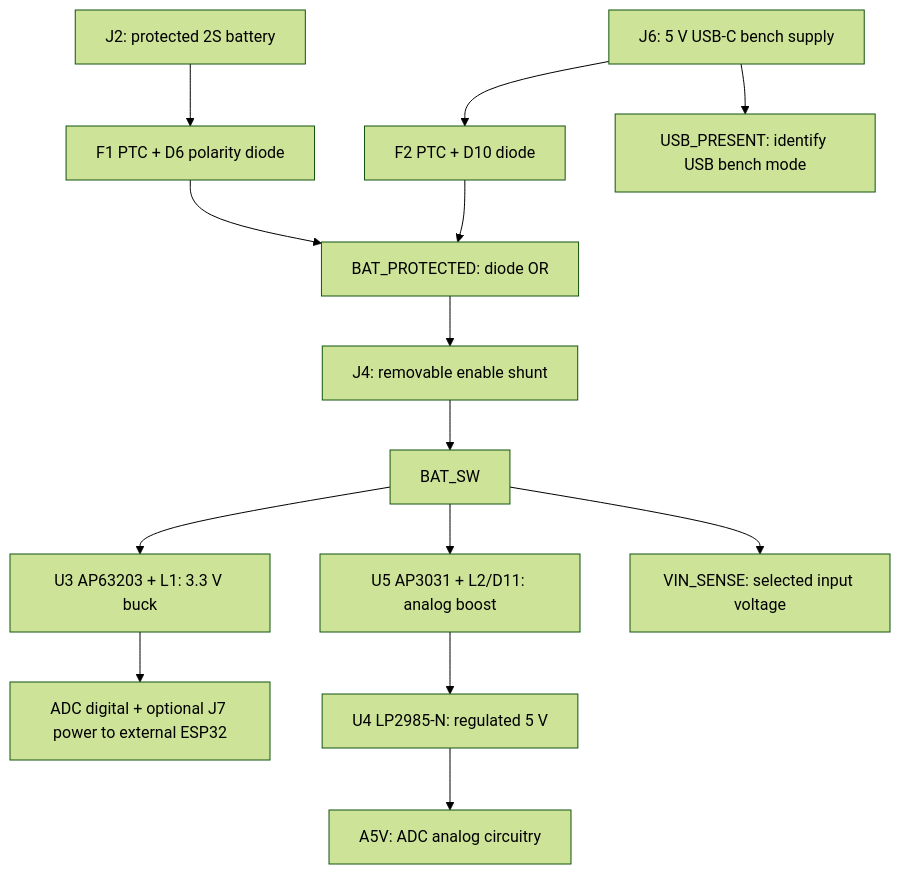
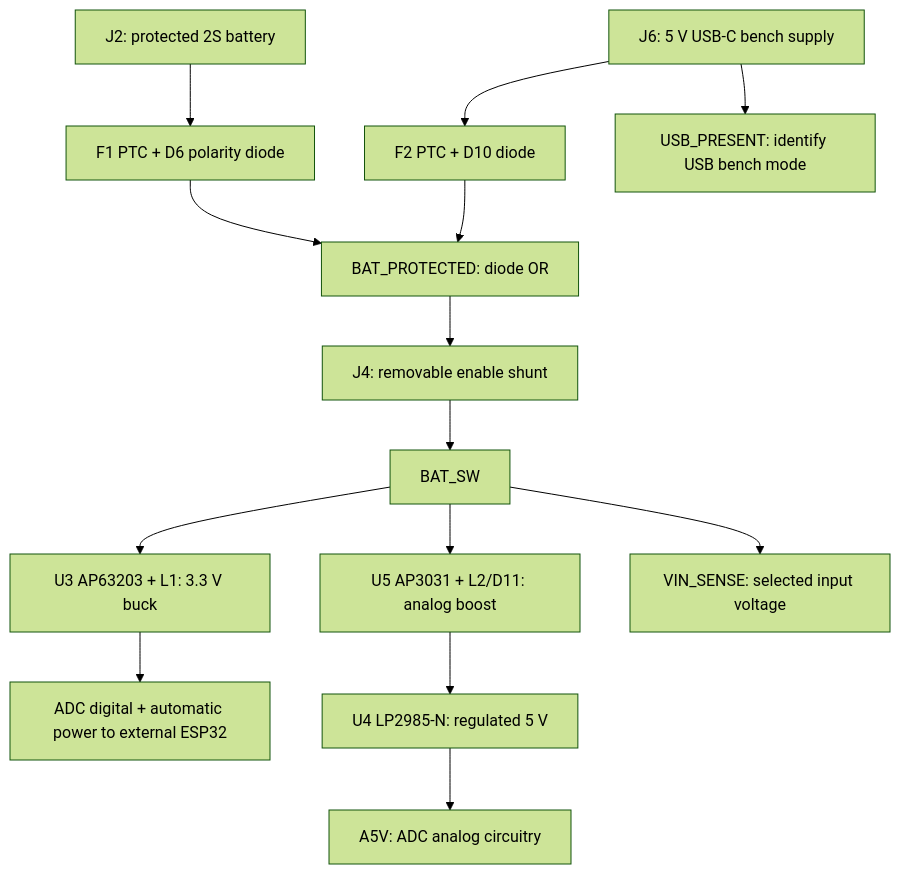
Before and after one commit to mhyrzt/agentronics: the second of 2 diagrams in EEG/README.md, drawn with Mermaid (forest theme). The commit also changed other lines of this file, not shown here.

Commit message:
docs(eeg): clarify parts and power connections

````diff
--- a/EEG/README.md
+++ b/EEG/README.md
@@ -226,16 +226,16 @@
 ```mermaid
 flowchart TD
     BAT["J2: protected 2S battery"] --> F["F1 PTC + D6 polarity diode"]
     USB["J6: 5 V USB-C bench supply"] --> UF["F2 PTC + D10 diode"]
     F --> OR["BAT_PROTECTED: diode OR"]
     UF --> OR
     OR --> J["J4: removable enable shunt"]
     J --> SW["BAT_SW"]
     SW --> BUCK["U3 AP63203 + L1: 3.3 V buck"]
-    BUCK --> DV["ADC digital + optional J7 power to external ESP32"]
+    BUCK --> DV["ADC digital + automatic power to external ESP32"]
     SW --> BOOST["U5 AP3031 + L2/D11: analog boost"]
     BOOST --> LDO["U4 LP2985-N: regulated 5 V"]
     LDO --> AV["A5V: ADC analog circuitry"]
     SW --> SENSE["VIN_SENSE: selected input voltage"]
     USB --> PRESENT["USB_PRESENT: identify USB bench mode"]
 ```
````
